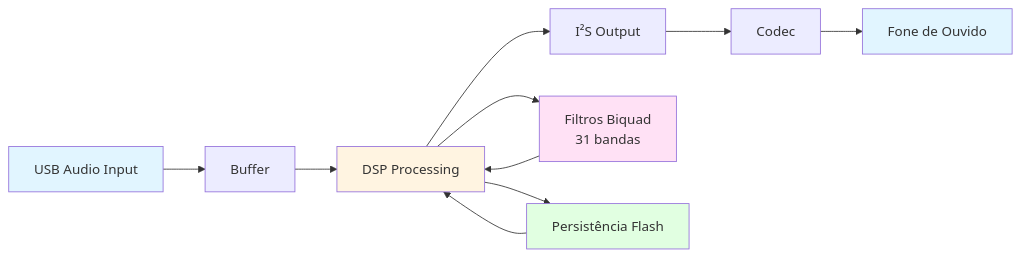
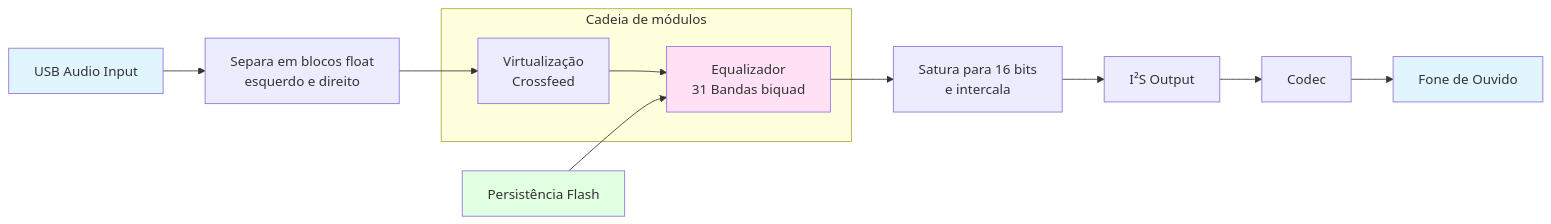
One commit to mclmorais/utfpr-el60c-tcc-otimizador-fones-v2 changed the diagram in README.md. Above: the diagram before and after it, drawn with Mermaid. The commit also changed other lines of this file and 33 other files, not shown here.

First line of the commit message:
Adiciona a Virtualização com Crossfeed e a Cadeia de módulos (#27)

````diff
--- a/README.md
+++ b/README.md
@@ -276,18 +392,18 @@
 ```mermaid
 flowchart LR
-    A[USB Audio Input] --> B[Buffer]
-    B --> C[DSP Processing]
-    C --> D[I²S Output]
-    D --> E[Codec]
-    E --> F[Fone de Ouvido]
-    C --> G[Filtros Biquad<br/>31 bandas]
-    G --> C
-    C --> H[Persistência Flash]
-    H --> C
-    
+    A[USB Audio Input] --> B[Separa em blocos float<br/>esquerdo e direito]
+    subgraph Cadeia[Cadeia de módulos]
+        V[Virtualização<br/>Crossfeed] --> C[Equalizador<br/>31 Bandas biquad]
+    end
+    B --> V
+    C --> D[Satura para 16 bits<br/>e intercala]
+    D --> E[I²S Output]
+    E --> F[Codec]
+    F --> G[Fone de Ouvido]
+    H[Persistência Flash] --> C
+
     style A fill:#e1f5ff
-    style C fill:#fff4e1
-    style G fill:#ffe1f5
+    style C fill:#ffe1f5
     style H fill:#e1ffe1
-    style F fill:#e1f5ff
+    style G fill:#e1f5ff
 ```
````
